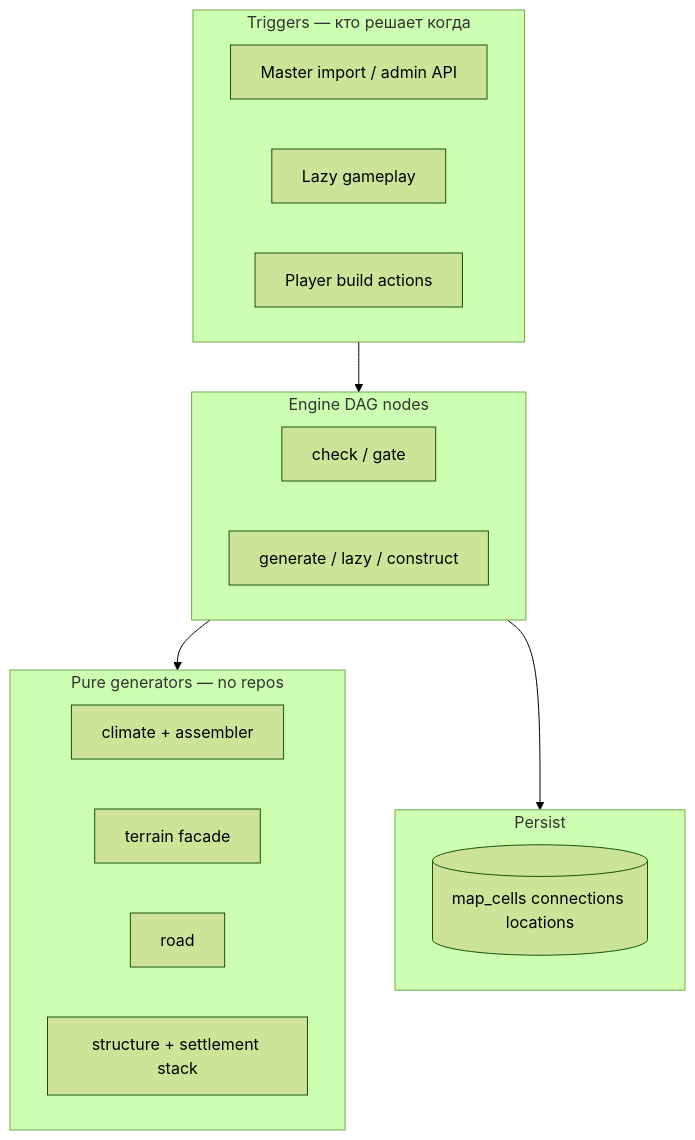
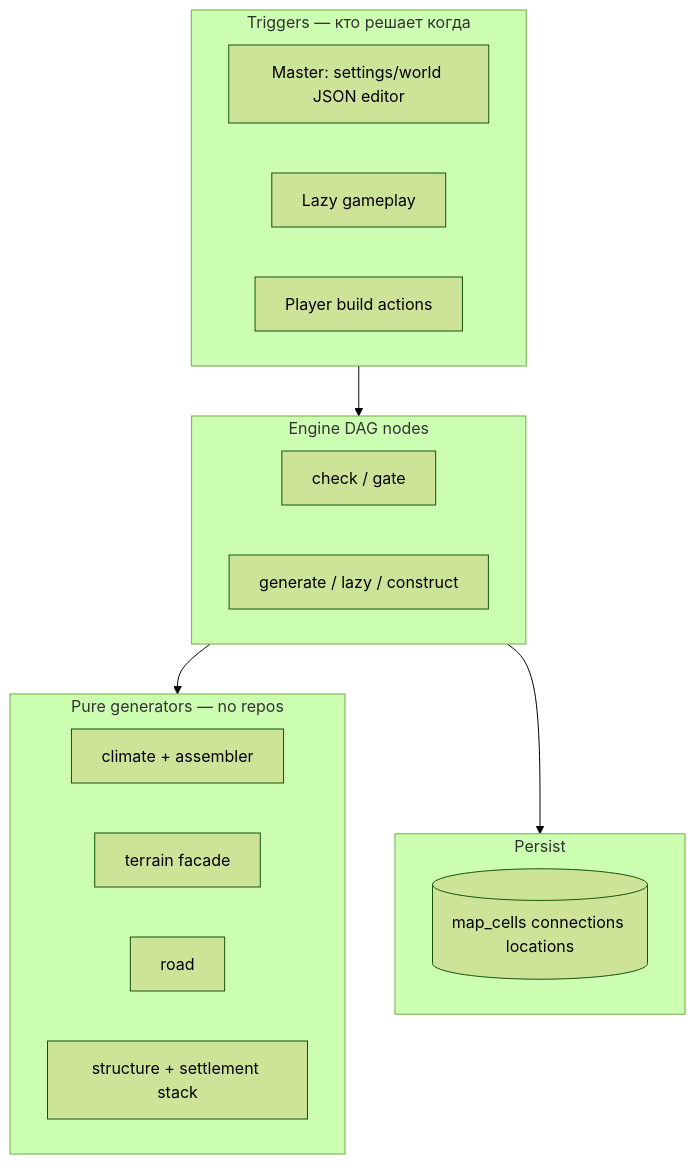
Before and after one commit to AndrewBondaren/AI-Project: the first of 2 diagrams in docs/tz_world_generation_dag.md, drawn with Mermaid (forest theme). The commit also changed other lines of this file and 8 other files, not shown here.

````diff
--- a/docs/tz_world_generation_dag.md
+++ b/docs/tz_world_generation_dag.md
@@ -28,24 +28,24 @@
 ```mermaid
 flowchart TB
   subgraph triggers [Triggers — кто решает когда]
-    M[Master import / admin API]
+    M[Master: settings/world JSON editor]
     L[Lazy gameplay]
     P[Player build actions]
   end
   subgraph dag [Engine DAG nodes]
     N1[check / gate]
     N2[generate / lazy / construct]
   end
   subgraph lib [Pure generators — no repos]
     C[climate + assembler]
     T[terrain facade]
     R[road]
     S[structure + settlement stack]
   end
   subgraph persist [Persist]
     DB[(map_cells connections locations)]
   end
   triggers --> dag
   dag --> lib
   dag --> persist
 ```
````
